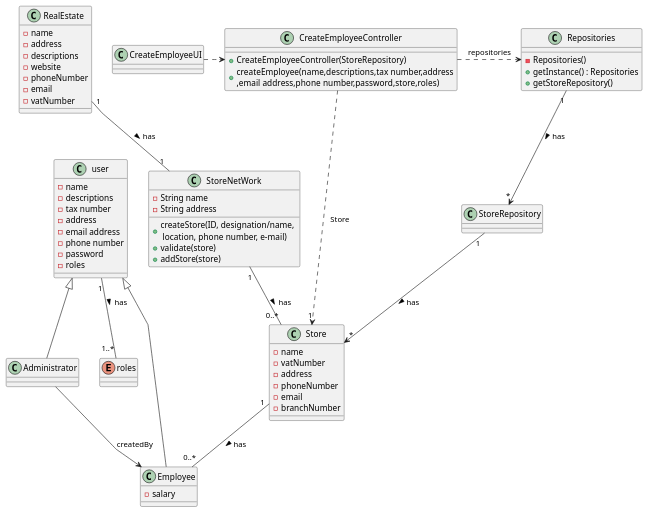
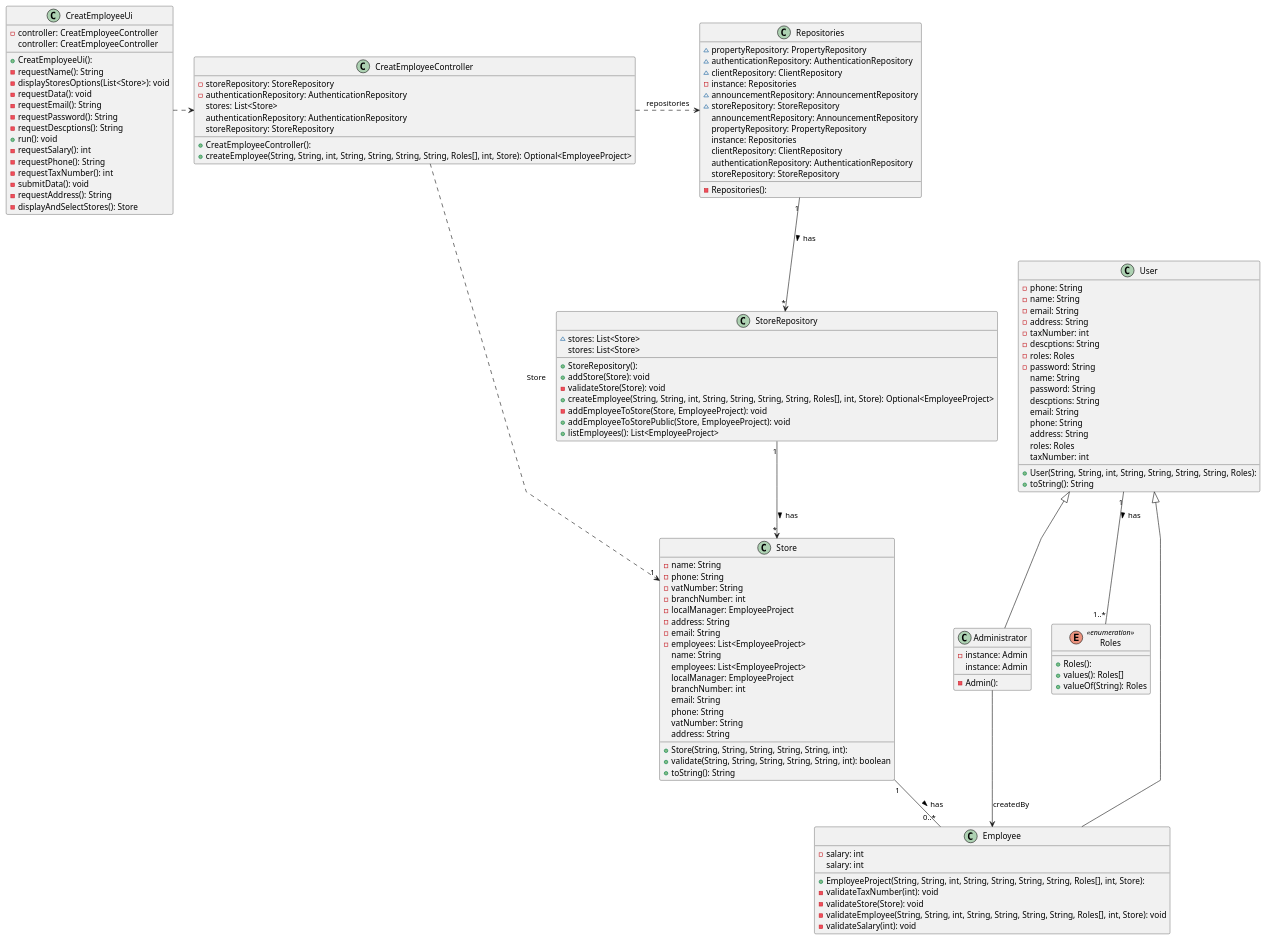
Before and after one commit to hugosilva2901/lei-22-s2-1DO-g68: the diagram in lei-22-s2-1do-g68/docs/SprintB/us003/03.design/puml/us003-class-diagram.puml, drawn with PlantUML.

Commit message:
update class diagram us 03

```diff
--- a/lei-22-s2-1do-g68/docs/SprintB/us003/03.design/puml/us003-class-diagram.puml
+++ b/lei-22-s2-1do-g68/docs/SprintB/us003/03.design/puml/us003-class-diagram.puml
@@ -1,85 +1,138 @@
 @startuml
 'skinparam monochrome true
 skinparam packageStyle rectangle
 skinparam shadowing false
 skinparam linetype polyline
 'skinparam linetype orto
 
 skinparam classAttributeIconSize "2"
 'left to right direction
 class Repositories {
-    - Repositories()
-    + getInstance() : Repositories
-    + getStoreRepository()
+  - Repositories():
+  ~ propertyRepository: PropertyRepository
+  ~ authenticationRepository: AuthenticationRepository
+  ~ clientRepository: ClientRepository
+  - instance: Repositories
+  ~ announcementRepository: AnnouncementRepository
+  ~ storeRepository: StoreRepository
+   announcementRepository: AnnouncementRepository
+   propertyRepository: PropertyRepository
+   instance: Repositories
+   clientRepository: ClientRepository
+   authenticationRepository: AuthenticationRepository
+   storeRepository: StoreRepository
 }
-class StoreRepository{
 
+class StoreRepository {
+  + StoreRepository():
+  ~ stores: List<Store>
+  + addStore(Store): void
+  - validateStore(Store): void
+  + createEmployee(String, String, int, String, String, String, String, Roles[], int, Store): Optional<EmployeeProject>
+  - addEmployeeToStore(Store, EmployeeProject): void
+  + addEmployeeToStorePublic(Store, EmployeeProject): void
+  + listEmployees(): List<EmployeeProject>
+   stores: List<Store>
+}
+
+class CreatEmployeeUi {
+  + CreatEmployeeUi():
+  - controller: CreatEmployeeController
+  - requestName(): String
+  - displayStoresOptions(List<Store>): void
+  - requestData(): void
+  - requestEmail(): String
+  - requestPassword(): String
+  - requestDescptions(): String
+  + run(): void
+  - requestSalary(): int
+  - requestPhone(): String
+  - requestTaxNumber(): int
+  - submitData(): void
+  - requestAddress(): String
+  - displayAndSelectStores(): Store
+   controller: CreatEmployeeController
+}
+class CreatEmployeeController {
+  + CreatEmployeeController():
+  - storeRepository: StoreRepository
+  - authenticationRepository: AuthenticationRepository
+  + createEmployee(String, String, int, String, String, String, String, Roles[], int, Store): Optional<EmployeeProject>
+   stores: List<Store>
+   authenticationRepository: AuthenticationRepository
+   storeRepository: StoreRepository
+}
+
+class User {
+  + User(String, String, int, String, String, String, String, Roles):
+  - phone: String
+  - name: String
+  - email: String
+  - address: String
+  - taxNumber: int
+  - descptions: String
+  - roles: Roles
+  - password: String
+  + toString(): String
+   name: String
+   password: String
+   descptions: String
+   email: String
+   phone: String
+   address: String
+   roles: Roles
+   taxNumber: int
+}
+enum Roles << enumeration >> {
+  + Roles():
+  + values(): Roles[]
+  + valueOf(String): Roles
 }
 
 
-class CreateEmployeeUI{
+class Employee extends User{
+  + EmployeeProject(String, String, int, String, String, String, String, Roles[], int, Store):
+    - salary: int
+    - validateTaxNumber(int): void
+    - validateStore(Store): void
+    - validateEmployee(String, String, int, String, String, String, String, Roles[], int, Store): void
+    - validateSalary(int): void
+     salary: int
 }
 
-class CreateEmployeeController{
-    + CreateEmployeeController(StoreRepository)
-    + createEmployee(name,descriptions,tax number,address\n,email address,phone number,password,store,roles)
+class Administrator extends User{
+  - Admin():
+  - instance: Admin
+   instance: Admin
+}
+class Store {
+  + Store(String, String, String, String, String, int):
+  - name: String
+  - phone: String
+  - vatNumber: String
+  - branchNumber: int
+  - localManager: EmployeeProject
+  - address: String
+  - email: String
+  - employees: List<EmployeeProject>
+  + validate(String, String, String, String, String, int): boolean
+  + toString(): String
+   name: String
+   employees: List<EmployeeProject>
+   localManager: EmployeeProject
+   branchNumber: int
+   email: String
+   phone: String
+   vatNumber: String
+   address: String
 }
 
-class user{
-    - name
-    - descriptions
-    - tax number
-    - address
-    - email address
-    - phone number
-    - password
-    - roles
-
-}
-enum roles{
-
-}
-class RealEstate {
-    - name
-    - address
-    - descriptions
-    - website
-    - phoneNumber
-    - email
-    - vatNumber
-
-}
-
-class Employee extends user{
-    -salary
-}
-
-class Administrator extends user{
-
-}
-class Store {
-    - name
-    - vatNumber
-    - address
-    - phoneNumber
-    - email
-    - branchNumber
-}
-class StoreNetWork{
-    + createStore(ID, designation/name, \n location, phone number, e-mail)
-    + validate(store)
-    + addStore(store)
-    - String name
-    - String address
-}
 Store "1" -- "0..*" Employee : has >
-StoreNetWork "1" -- "0..*" Store : has >
-RealEstate "1" -- "1" StoreNetWork : has >
-user "1"--"1..*" roles : has >
-CreateEmployeeController .> Repositories : repositories
-CreateEmployeeUI .> CreateEmployeeController
+User "1"--"1..*" Roles : has >
+CreatEmployeeController .> Repositories : repositories
+CreatEmployeeUi .> CreatEmployeeController
 Administrator --> Employee : createdBy
-CreateEmployeeController ..> "1" Store : Store
+CreatEmployeeController ..> "1" Store : Store
 Repositories "1" --> "*" StoreRepository : has >
 StoreRepository "1" --> "*" Store : has >
 @enduml
```
